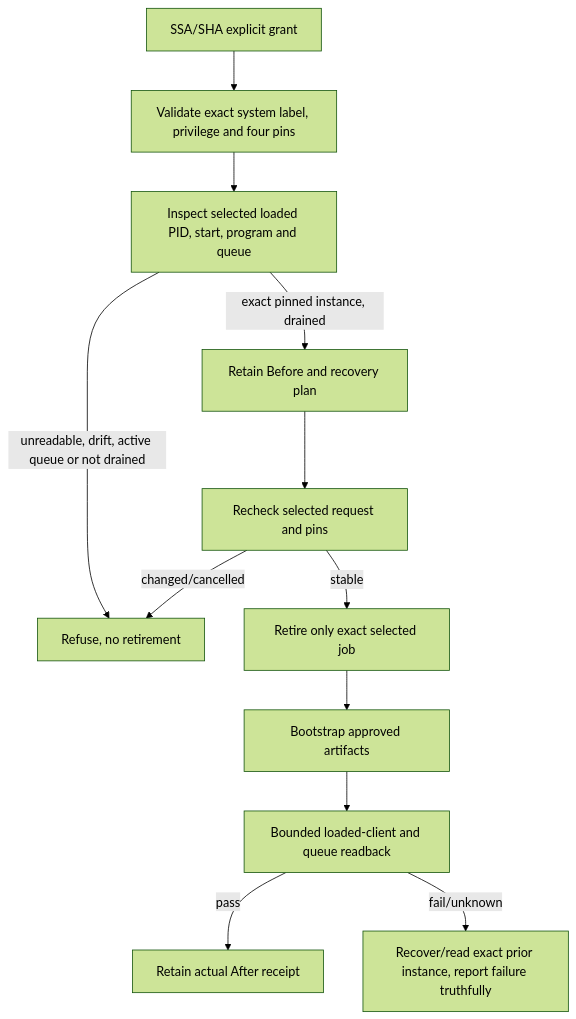
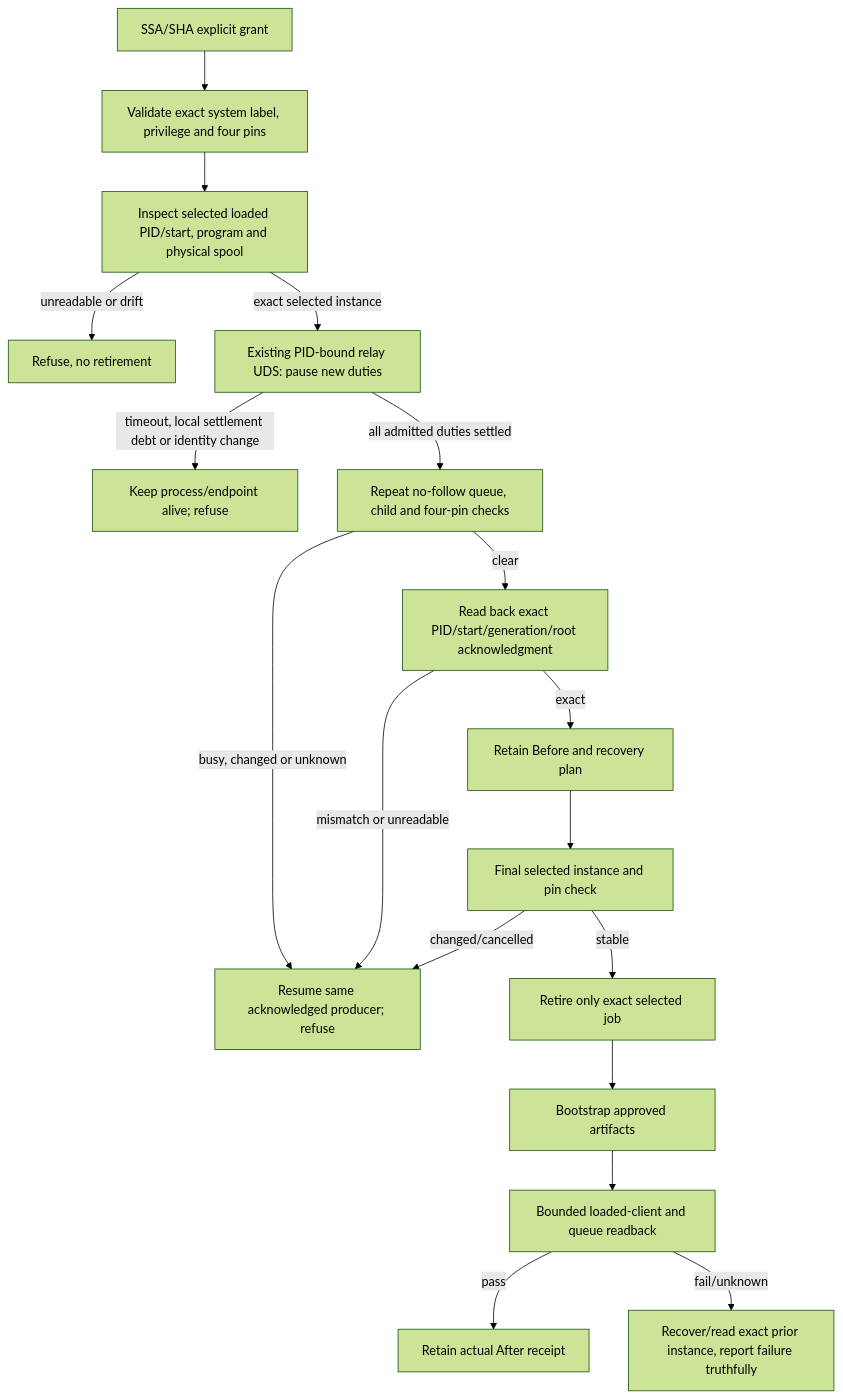
Diagram 17 of 37 in docs/stacklab/pantheon-pt/canon/DIAGRAMS_ROUTER_MAINTENANCE.md (SirsiMaster/sirsi-pantheon), drawn with Mermaid (forest theme) before and after one commit. The commit also changed other lines of this file and 34 other files, not shown here.

First line of the commit message:
fix(router): compose 152 root relay and CLI corrections

````diff
--- a/docs/stacklab/pantheon-pt/canon/DIAGRAMS_ROUTER_MAINTENANCE.md
+++ b/docs/stacklab/pantheon-pt/canon/DIAGRAMS_ROUTER_MAINTENANCE.md
@@ -294,14 +294,20 @@
 ```mermaid
 flowchart TD
   U[SSA/SHA explicit grant] --> A[Validate exact system label, privilege and four pins]
-  A --> P[Inspect selected loaded PID, start, program and queue]
-  P -->|unreadable, drift, active queue or not drained| STOP[Refuse, no retirement]
-  P -->|exact pinned instance, drained| B[Retain Before and recovery plan]
-  B --> R[Recheck selected request and pins]
-  R -->|changed/cancelled| STOP
+  A --> P[Inspect selected loaded PID/start, program and physical spool]
+  P -->|unreadable or drift| STOP[Refuse, no retirement]
+  P -->|exact selected instance| C[Existing PID-bound relay UDS: pause new duties]
+  C -->|timeout, local settlement debt or identity change| LIVE[Keep process/endpoint alive; refuse]
+  C -->|all admitted duties settled| Q[Repeat no-follow queue, child and four-pin checks]
+  Q -->|busy, changed or unknown| RESUME[Resume same acknowledged producer; refuse]
+  Q -->|clear| ACK[Read back exact PID/start/generation/root acknowledgment]
+  ACK -->|mismatch or unreadable| RESUME
+  ACK -->|exact| B[Retain Before and recovery plan]
+  B --> R[Final selected instance and pin check]
+  R -->|changed/cancelled| RESUME
   R -->|stable| RET[Retire only exact selected job]
   RET --> NEW[Bootstrap approved artifacts]
   NEW --> CHECK[Bounded loaded-client and queue readback]
   CHECK -->|pass| OK[Retain actual After receipt]
   CHECK -->|fail/unknown| REC[Recover/read exact prior instance, report failure truthfully]
 ```
````
